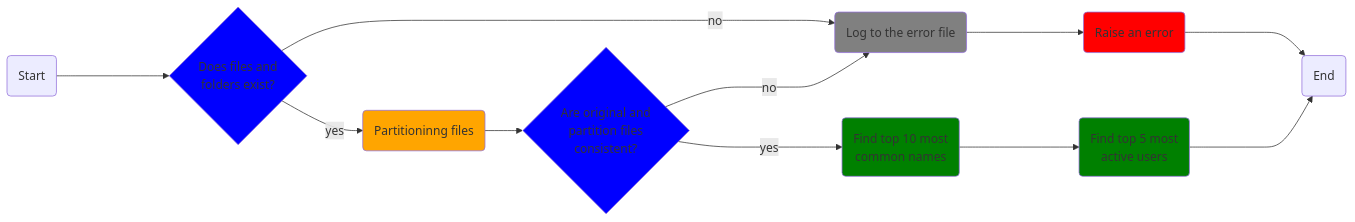
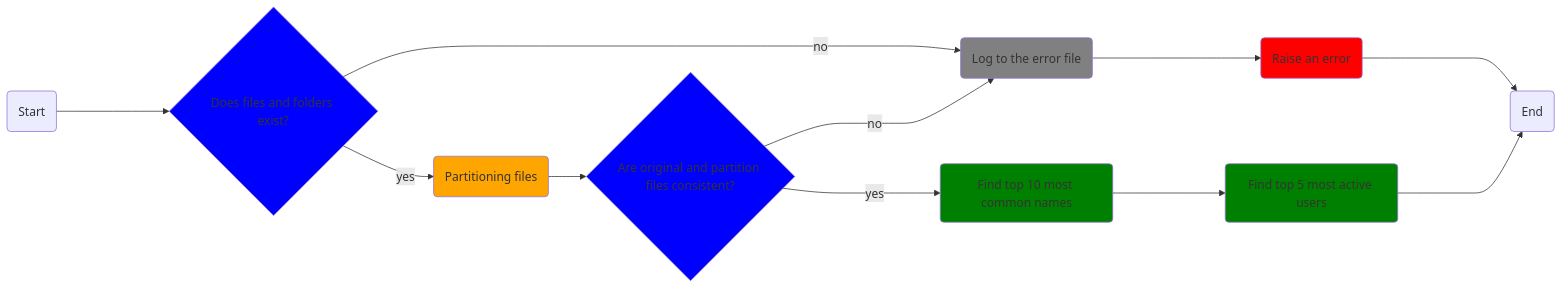
One commit to bbarabadze/DE_Project_1 changed the diagram in readme.md. Above: the diagram before and after it, drawn with Mermaid.

````diff
--- a/readme.md
+++ b/readme.md
@@ -8,35 +8,31 @@
 ```mermaid
-flowchart LR;
+flowchart LR
     S(Start)
-    F{Does files and 
-    folders exist?}
+    F{Does files and folders exist?}
     style F fill:blue
     LG(Log to the error file)
     style LG fill:gray
     E(Raise an error)
     style E fill:red
-    D(Partitioninng files)
+    D(Partitioning files)
     style D fill:orange
-    CR{Are original and
-    partition files
-     consistent?}
+    CR{Are original and partition files consistent?}
     style CR fill:blue
-    AN5(Find top 10 most 
-    common names)
+    AN5(Find top 10 most common names)
     style AN5 fill:green
-    AN6(Find top 5 most 
-    active users)
+    AN6(Find top 5 most active users)
     style AN6 fill:green
     END(End)
     S ----> F
     F -->|yes| D
     F ---->|no| LG
-    D -->CR
+    D --> CR
     CR ----> |yes| AN5
     CR ----> |no| LG
     LG ----> E
     E ----> END
     AN5 ----> AN6
     AN6 ----> END
 
+
 ```
````
